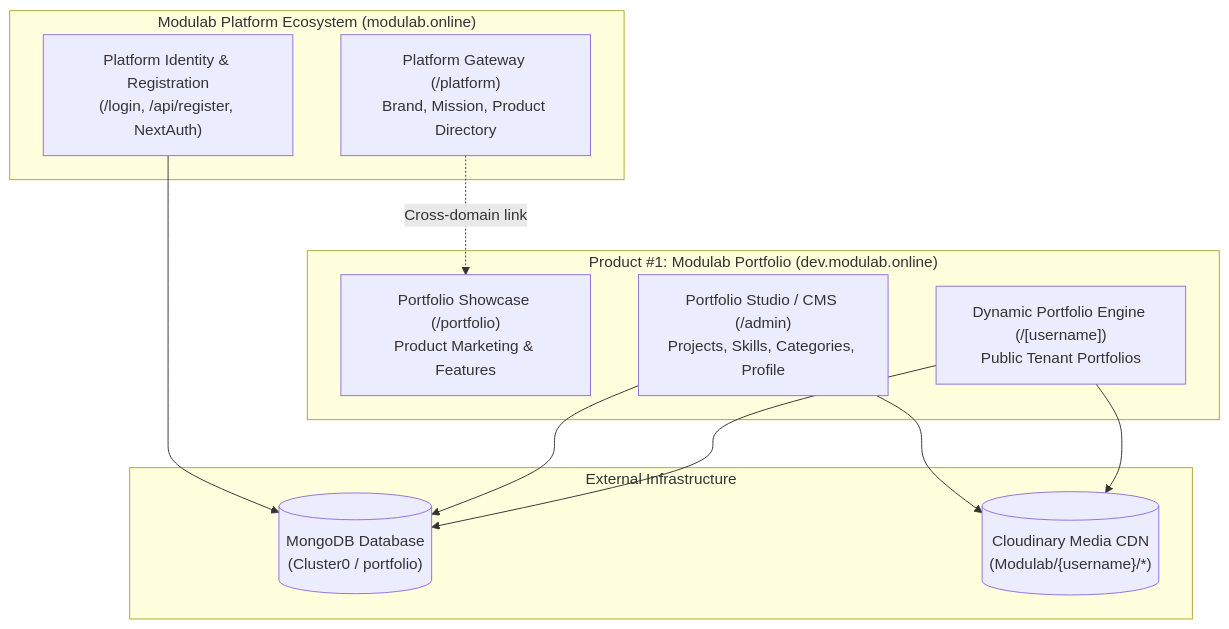
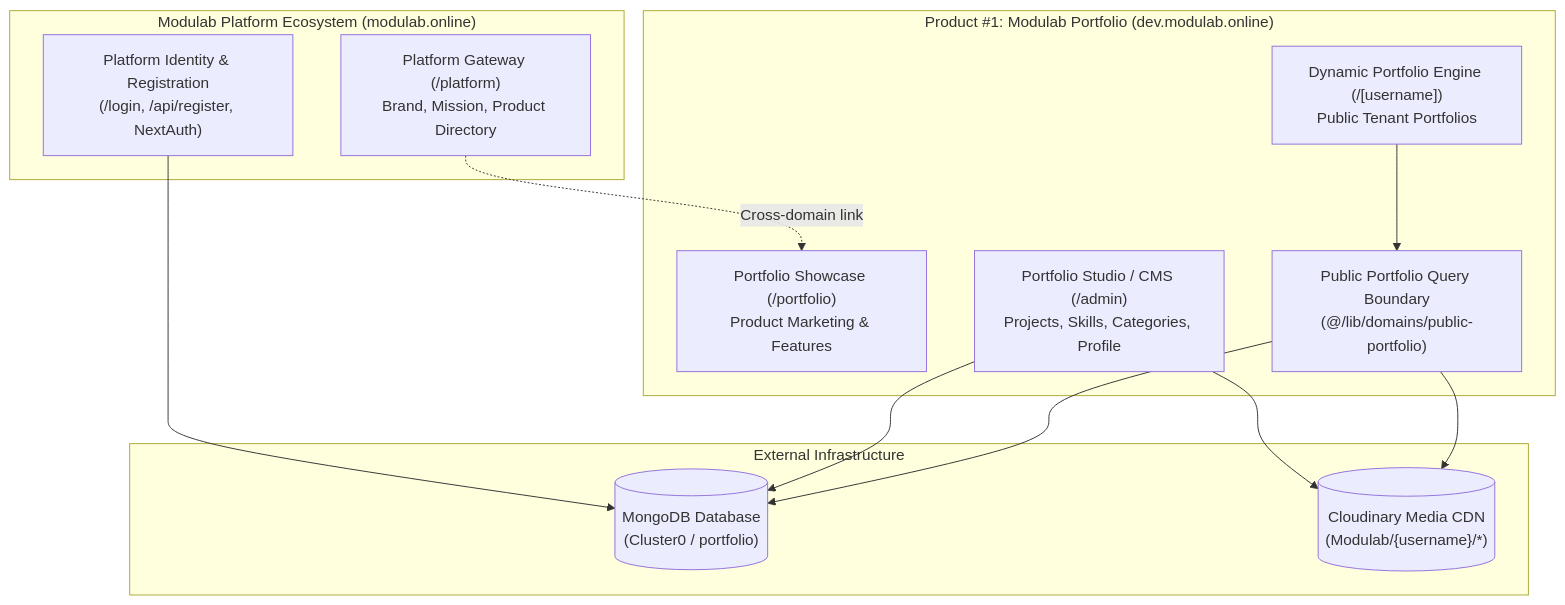
One commit to harishghorui/modulab-portfolio changed the first of 6 diagrams in docs/architecture/ARCHITECTURE.md. Above: the diagram before and after it, drawn with Mermaid. The commit also changed other lines of this file and 2 other files, not shown here.

Commit message:
docs(architecture): align boundaries with public query contract

````diff
--- a/docs/architecture/ARCHITECTURE.md
+++ b/docs/architecture/ARCHITECTURE.md
@@ -9,25 +9,27 @@
 ```mermaid
 graph TD
     subgraph PlatformEcosystem["Modulab Platform Ecosystem (modulab.online)"]
         PlatformGateway["Platform Gateway (/platform)<br/>Brand, Mission, Product Directory"]
         UnifiedAuth["Platform Identity & Registration<br/>(/login, /api/register, NextAuth)"]
     end
 
     subgraph ProductPortfolio["Product #1: Modulab Portfolio (dev.modulab.online)"]
         PortfolioLanding["Portfolio Showcase (/portfolio)<br/>Product Marketing & Features"]
         PortfolioCMS["Portfolio Studio / CMS (/admin)<br/>Projects, Skills, Categories, Profile"]
         PublicRenderer["Dynamic Portfolio Engine (/[username])<br/>Public Tenant Portfolios"]
+        PublicQueryBoundary["Public Portfolio Query Boundary<br/>(@/lib/domains/public-portfolio)"]
     end
 
     subgraph ExternalServices["External Infrastructure"]
         MongoDB[("MongoDB Database<br/>(Cluster0 / portfolio)")]
         Cloudinary[("Cloudinary Media CDN<br/>(Modulab/{username}/*)")]
     end
 
     PlatformGateway -.->|Cross-domain link| PortfolioLanding
     UnifiedAuth --> MongoDB
     PortfolioCMS --> MongoDB
     PortfolioCMS --> Cloudinary
-    PublicRenderer --> MongoDB
-    PublicRenderer --> Cloudinary
+    PublicRenderer --> PublicQueryBoundary
+    PublicQueryBoundary --> MongoDB
+    PublicQueryBoundary --> Cloudinary
 ```
````
